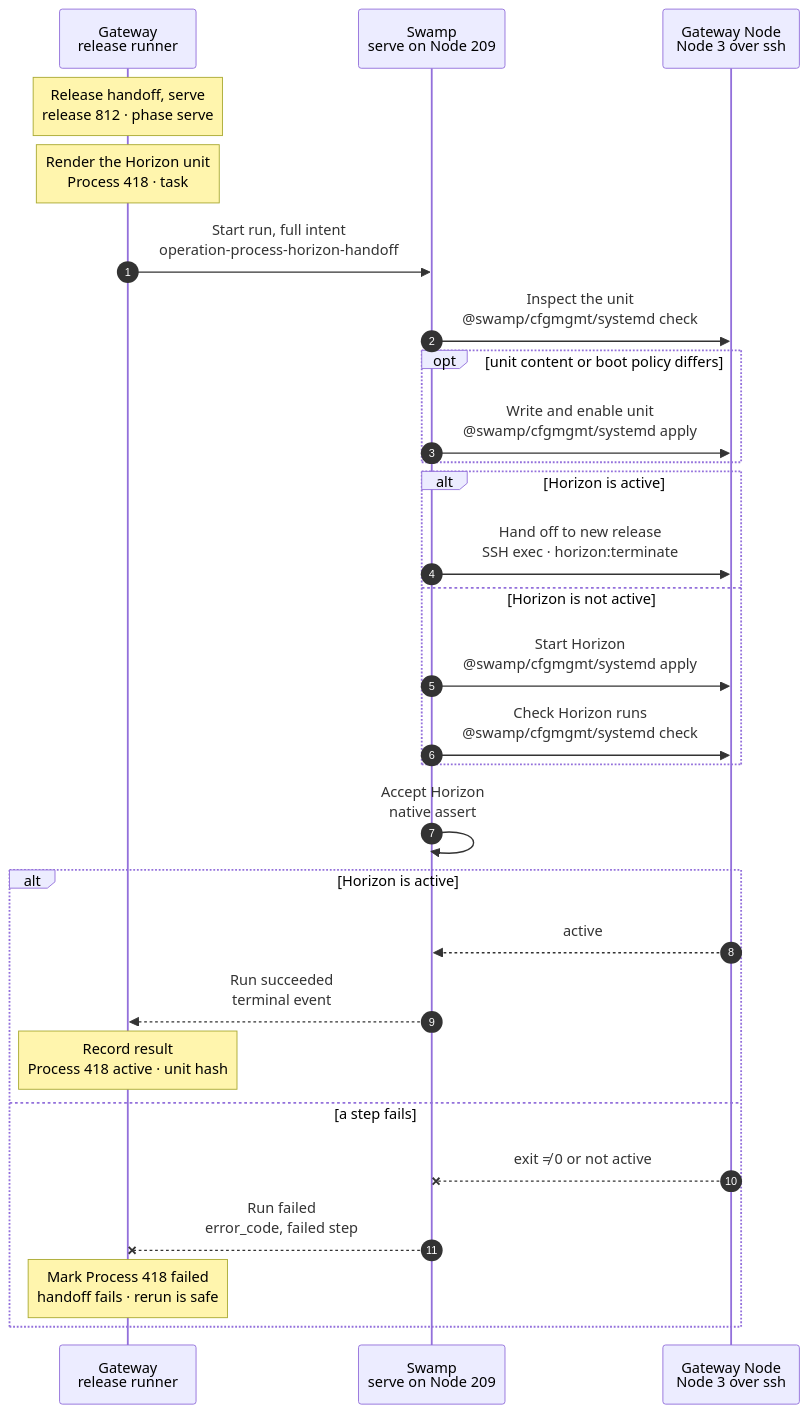
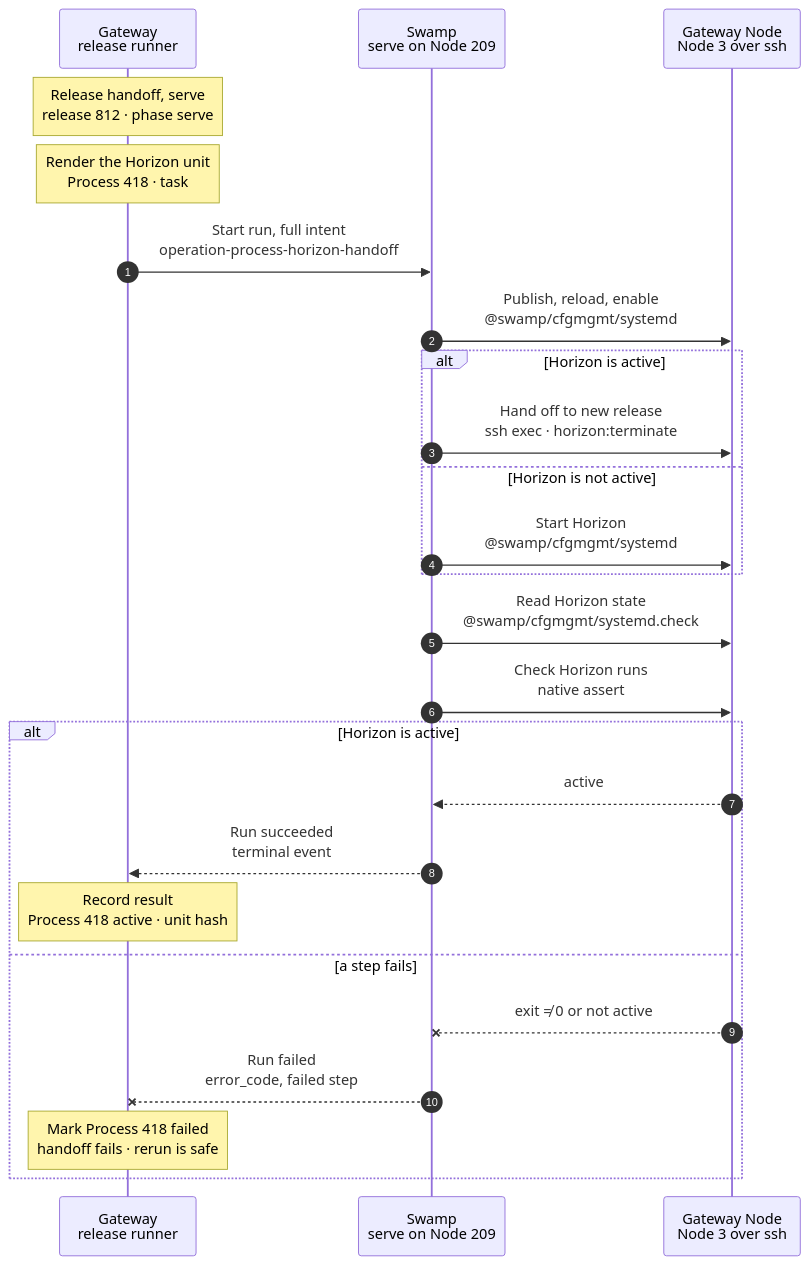
The diagram in docs/cli/process/horizon-handoff.mmd (hardimpactdev/orbit), drawn with Mermaid before and after one commit. The commit also changed 63 other files, not shown here.

```diff
--- a/docs/cli/process/horizon-handoff.mmd
+++ b/docs/cli/process/horizon-handoff.mmd
@@ -1,88 +1,99 @@
 sequenceDiagram
   %% Target design: ADR 0244 task (automatic, Gateway release serve phase), R1-R4, single-swamp-node, docs/reference/gateway-recovery.md#runtime-handoff; DECISIONS round 2 bug fix (terminate only when active, start only when not active; one test per branch); rule 7 (graceful handoff).
-  %% status: draft
+  %% Tightened: flow-tighten 2026-11-02, rules 16, 20, 22 (no inspect step: cfgmgmt systemd writes the unit only on change, and guards pick the branch; one bounded wait).
+  %% status: migrated
   %% command: gateway:release:handoff
   %% kind: process.horizon_handoff
   autonumber
   %% lane GW icon=gateway pill=caller tone=blue
   %% lane SW icon=workflow pill=executes tone=green
   %% lane N icon=server pill=target tone=amber
   participant GW as Gateway<br/>release runner
   participant SW as Swamp<br/>serve on Node 209
   participant N as Gateway Node<br/>Node 3 over ssh
   Note over GW: Release handoff, serve<br/>release 812 · phase serve
   %%> Command:
   %%> - `php artisan gateway:release:handoff --phase=serve`
   %%> - syntax: run by the Gateway release runner, not by the `orbit` CLI
   %%> When:
   %%> - in every Gateway release, after the switch to release 812
   %%> - Horizon was drained before the switch, so it is normally not active here
   %%> Who starts it:
   %%> - the release runner on the Gateway Node; no CLI or MCP call
   Note over GW: Render the Horizon unit<br/>Process 418 · task #5153
   %%> Requirements:
   %%> - Process 418 is the `horizon` Process of the Gateway Node, Node 3
   %%> - no other change runs on Process 418; the Gateway holds one lock
   %%> Renders:
   %%> - the systemd unit `orbit-process-418-horizon.service` and its hash
   %%> - command `php artisan horizon`, directory `/home/orbit/orbit/apps/gateway`, user `orbit`
   %%> Result:
   %%> - task #5153 recorded with the full intent; nothing has happened on the Node yet
   GW->>SW: Start run, full intent<br/>operation-process-horizon-handoff
   %%> What it does:
   %%> - starts one run on Swamp serve (Node 209); every step runs there
   %%> Inputs:
   %%> - Node 3's address and SSH host keys; the SSH identity comes from the `swamp` role
   %%> - the unit content, its hash, the command, directory and user
-  SW->>N: Inspect the unit<br/>@swamp/cfgmgmt/systemd check
+  SW->>N: Publish, reload, enable<br/>@swamp/cfgmgmt/systemd
+  %%> How:
+  %%> - Swamp reaches Node 3 over `@swamp/ssh` from 209 with the official `@swamp/cfgmgmt/systemd` behavior; nothing is copied to the Node
   %%> What it does:
-  %%> - observes current state and unit-file drift for the rerun guards
-  opt unit content or boot policy differs
-    SW->>N: Write and enable unit<br/>@swamp/cfgmgmt/systemd apply
+  %%> - writes the rendered unit with `unitFile`, reloads systemd and enables it
+  %%> - an identical unit is left as it is, so no inspection runs first
+  %%> Not included:
+  %%> - no start: the next step picks hand-off or start by a `guard`
+  alt Horizon is active
+    SW->>N: Hand off to new release<br/>ssh exec · horizon:terminate
+    %%> When:
+    %%> - a `guard` finds Horizon active at the step, so a rerun picks the right branch
     %%> What it does:
-    %%> - writes the unit, reloads systemd and enables it without changing running state
+    %%> - asks Horizon to stop after its current jobs
+    %%> - systemd starts it again from the new release
+    %%> Why:
+    %%> - the gentle action: no job is cut off
+    %%> Fix:
+    %%> - this guard was inverted; one test covers this branch
+  else Horizon is not active
+    SW->>N: Start Horizon<br/>@swamp/cfgmgmt/systemd
+    %%> When:
+    %%> - a `guard` finds Horizon inactive, the normal case after the drain; `ensure: running`
+    %%> What it does:
+    %%> - starts the unit from the new release
+    %%> Fix:
+    %%> - this guard was inverted; one test covers this branch
   end
-  alt Horizon is active
-    SW->>N: Hand off to new release<br/>SSH exec · horizon:terminate
-    %%> What it does:
-    %%> - asks Horizon to finish its jobs and exit; systemd brings it back
-    %%> Result:
-    %%> - termination accepted; the handoff does not wait for current jobs to finish
-  else Horizon is not active
-    SW->>N: Start Horizon<br/>@swamp/cfgmgmt/systemd apply
-    %%> What it does:
-    %%> - converges the inactive unit to running
-    SW->>N: Check Horizon runs<br/>@swamp/cfgmgmt/systemd check
-    %%> Result:
-    %%> - the newly started unit is active and enabled
-  end
-  SW->>SW: Accept Horizon<br/>native assert
+  SW->>N: Read Horizon state<br/>@swamp/cfgmgmt/systemd.check
+  %%> The pinned check reports drift without failing; the next native assertion enforces it.
+  SW->>N: Check Horizon runs<br/>native assert
   %%> What it does:
-  %%> - accepts graceful termination or the checked started state
+  %%> - the native assertion requires the enabled unit to be active after handoff or start
+  %%> Why:
+  %%> - the handoff only counts when Horizon runs again
   alt Horizon is active
     N-->>SW: active
     %%> Returns:
     %%> - the unit is active
     SW-->>GW: Run succeeded<br/>terminal event
     %%> How the Gateway learns it:
     %%> - its shared run reader sees the terminal event; Swamp never calls the Gateway
     Note over GW: Record result<br/>Process 418 active · unit hash
     %%> Result:
     %%> - Process 418 active, with the stored unit hash
     %%> - task #5153 succeeds; the release handoff goes on
   else a step fails
     N--xSW: exit ≠ 0 or not active
     %%> When:
-    %%> - the systemd action or handoff command fails, or the started Horizon unit is not active
+    %%> - the unit does not verify, a command fails, or Horizon is not active at the end check
     SW--xGW: Run failed<br/>error_code, failed step
     %%> The Gateway reads:
     %%> - which step failed and its error code
     Note over GW: Mark Process 418 failed<br/>handoff fails · rerun is safe
     %%> Result:
     %%> - Process 418 marked failed; task #5153 fails
     %%> - the release handoff reports the failure; the release failure rules apply
     %%> On the Node:
-    %%> - a published unit stays; a rerun converges
+    %%> - a published unit stays; the old unit is not restored
     %%> Retry:
     %%> - run the handoff again after a fix; an unchanged unit is skipped, and Horizon starts only when it is not active
   end
```
